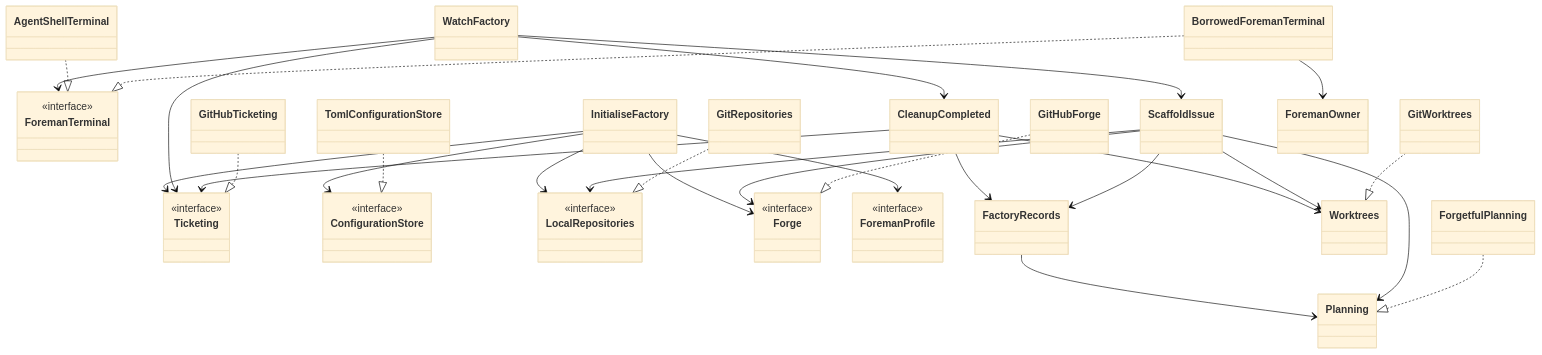
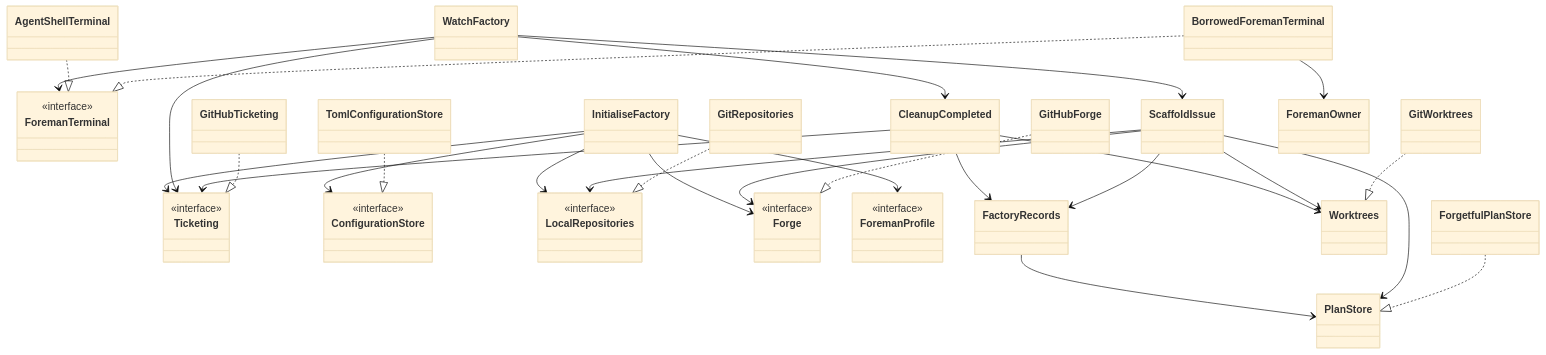
The diagram in docs/architecture.md (ScottRBK/factory), drawn with Mermaid (base theme) before and after one commit. The commit also changed other lines of this file and 34 other files, not shown here.

First line of the commit message:
refactor: move plans and Forgetful settings into a planning context

````diff
--- a/docs/architecture.md
+++ b/docs/architecture.md
@@ -65,49 +66,49 @@
 ```mermaid
 classDiagram
     direction TB
     class Ticketing {
         <<interface>>
     }
     class ConfigurationStore {
         <<interface>>
     }
     class LocalRepositories {
         <<interface>>
     }
     class Forge {
         <<interface>>
     }
     class ForemanTerminal {
         <<interface>>
     }
     class ForemanProfile {
         <<interface>>
     }
     InitialiseFactory --> Ticketing
     InitialiseFactory --> ConfigurationStore
     InitialiseFactory --> LocalRepositories
     InitialiseFactory --> Forge
     InitialiseFactory --> ForemanProfile
     WatchFactory --> Ticketing
     WatchFactory --> ForemanTerminal
     WatchFactory --> ScaffoldIssue
     WatchFactory --> CleanupCompleted
     CleanupCompleted --> FactoryRecords
     CleanupCompleted --> Worktrees
     CleanupCompleted --> Ticketing
     ScaffoldIssue --> FactoryRecords
-    FactoryRecords --> Planning
-    ScaffoldIssue --> Planning
+    FactoryRecords --> PlanStore
+    ScaffoldIssue --> PlanStore
     ScaffoldIssue --> Worktrees
     ScaffoldIssue --> LocalRepositories
     ScaffoldIssue --> Forge
-    ForgetfulPlanning ..|> Planning
+    ForgetfulPlanStore ..|> PlanStore
     GitWorktrees ..|> Worktrees
     GitHubTicketing ..|> Ticketing
     GitHubForge ..|> Forge
     TomlConfigurationStore ..|> ConfigurationStore
     GitRepositories ..|> LocalRepositories
     AgentShellTerminal ..|> ForemanTerminal
     BorrowedForemanTerminal ..|> ForemanTerminal
     BorrowedForemanTerminal --> ForemanOwner
 ```
````
